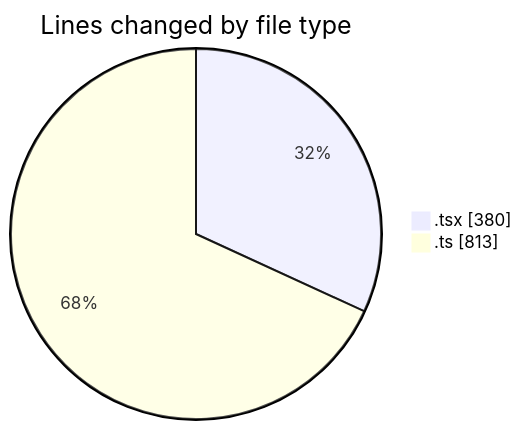
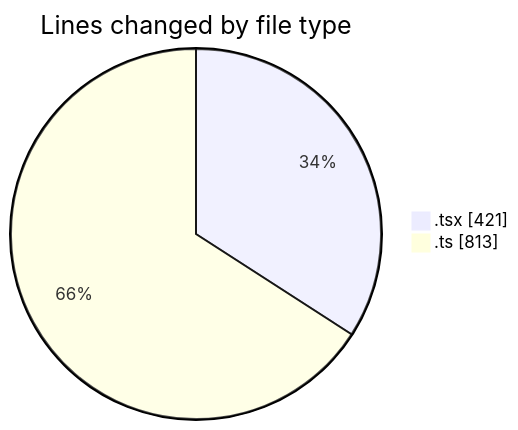
One commit to nxtqubesakshisongat/code-tracking changed the first of 2 diagrams in 2026-02-05/nxtqube_webapp/README.md. Above: the diagram before and after it, drawn with Mermaid. The commit also changed other lines of this file and 1 other file, not shown here.

````diff
--- a/2026-02-05/nxtqube_webapp/README.md
+++ b/2026-02-05/nxtqube_webapp/README.md
@@ -25,6 +25,6 @@
 ```mermaid
 pie showData
 title Lines changed by file type
-".tsx" : 380
+".tsx" : 421
 ".ts" : 813
 ```
````
